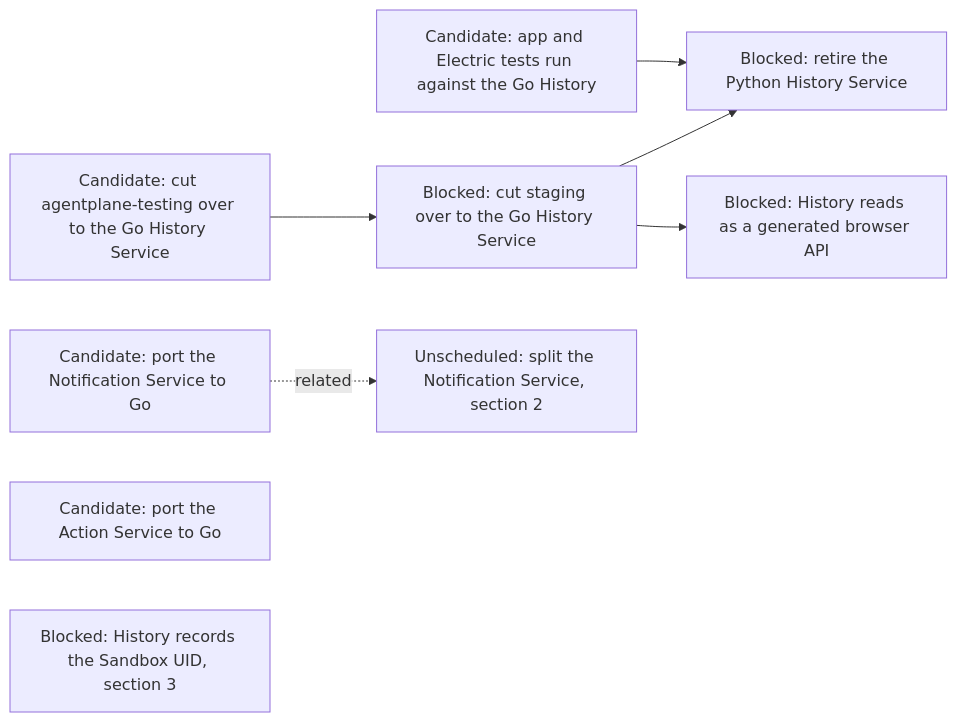
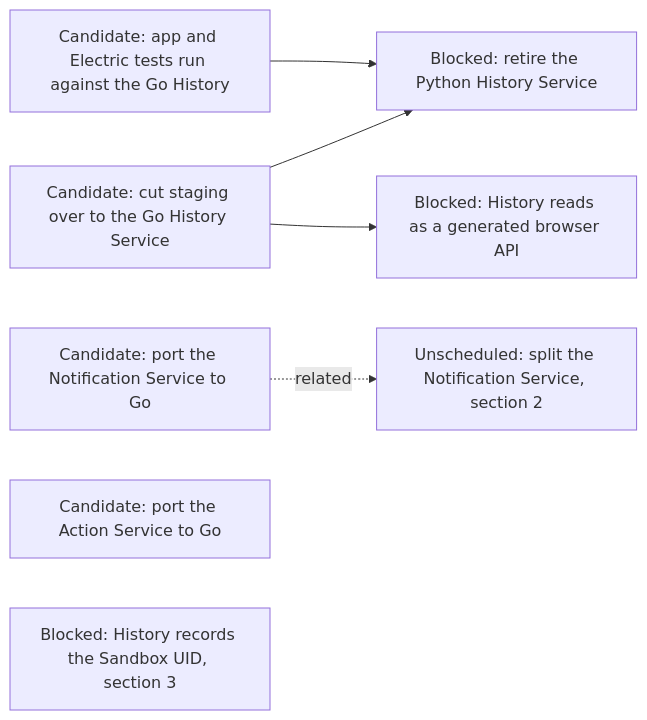
Before and after one commit to agentydragon-agent/ducktape: diagram 17 of 17 in agentplane/plans/task_dag.md, drawn with Mermaid. The commit also changed other lines of this file, not shown here.

First line of the commit message:
agentplane: History Go cutover on testing is done (#11256)

````diff
--- a/agentplane/plans/task_dag.md
+++ b/agentplane/plans/task_dag.md
@@ -1913,17 +1913,15 @@
 ```mermaid
 flowchart LR
     HISTORY_TEST_BACKEND_ON_GO[Candidate: app and Electric tests run against the Go History]
-    HISTORY_GO_TESTING_CUTOVER[Candidate: cut agentplane-testing over to the Go History Service]
-    HISTORY_GO_STAGING_CUTOVER[Blocked: cut staging over to the Go History Service]
+    HISTORY_GO_STAGING_CUTOVER[Candidate: cut staging over to the Go History Service]
     HISTORY_PYTHON_RETIREMENT[Blocked: retire the Python History Service]
     HISTORY_READS_FACADE[Blocked: History reads as a generated browser API]
     NOTIFICATION_SERVICE_GO_PORT[Candidate: port the Notification Service to Go]
     ACTION_SERVICE_GO_PORT[Candidate: port the Action Service to Go]
     NOTIFICATION_SERVICE_SPLIT[Unscheduled: split the Notification Service, section 2]
     HISTORY_SANDBOX_UID[Blocked: History records the Sandbox UID, section 3]
-    HISTORY_GO_TESTING_CUTOVER --> HISTORY_GO_STAGING_CUTOVER
     HISTORY_GO_STAGING_CUTOVER --> HISTORY_PYTHON_RETIREMENT
     HISTORY_TEST_BACKEND_ON_GO --> HISTORY_PYTHON_RETIREMENT
     HISTORY_GO_STAGING_CUTOVER --> HISTORY_READS_FACADE
     NOTIFICATION_SERVICE_GO_PORT -. related .-> NOTIFICATION_SERVICE_SPLIT
 ```
````
